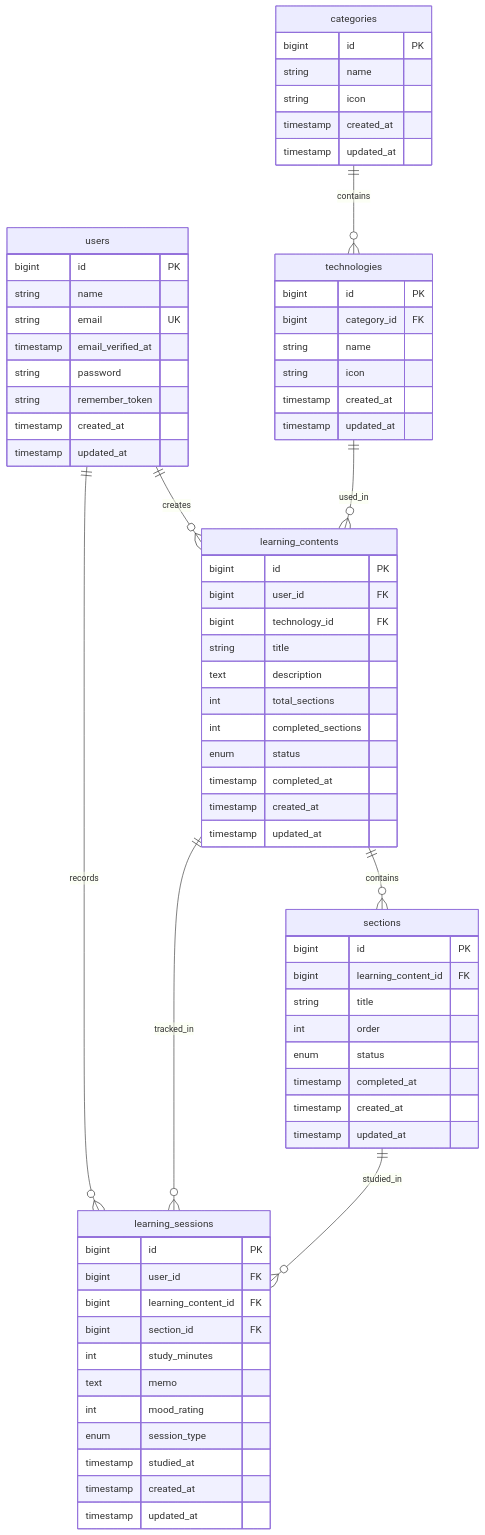
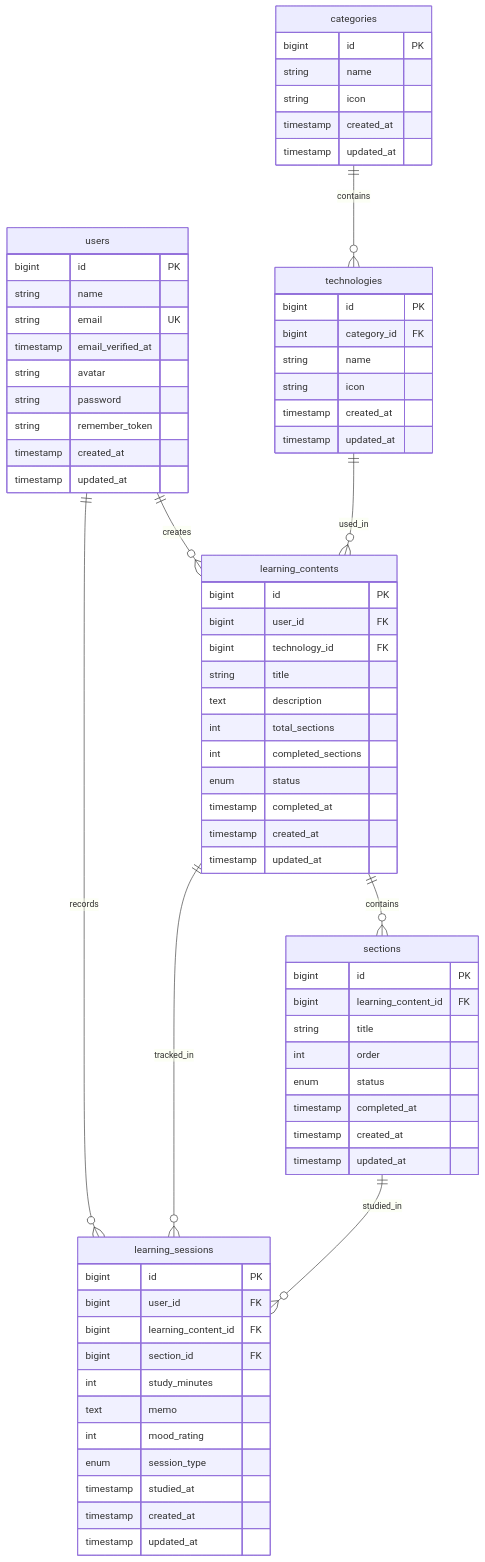
Before and after one commit to SHUN5872698/learn-track-pro: the second of 5 diagrams in .gemini/docs/project-infos/要件定義書.md, drawn with Mermaid. The commit also changed 4 other files, not shown here.

````diff
--- a/.gemini/docs/project-infos/要件定義書.md
+++ b/.gemini/docs/project-infos/要件定義書.md
@@ -311,78 +311,79 @@
 ```mermaid
 erDiagram
     users ||--o{ learning_contents : "creates"
     users ||--o{ learning_sessions : "records"
     categories ||--o{ technologies : "contains"
     technologies ||--o{ learning_contents : "used_in"
     learning_contents ||--o{ sections : "contains"
     learning_contents ||--o{ learning_sessions : "tracked_in"
     sections ||--o{ learning_sessions : "studied_in"
 
     users {
         bigint id PK
         string name
         string email UK
         timestamp email_verified_at
+        string avatar
         string password
         string remember_token
         timestamp created_at
         timestamp updated_at
     }
 
     categories {
         bigint id PK
         string name
         string icon
         timestamp created_at
         timestamp updated_at
     }
 
     technologies {
         bigint id PK
         bigint category_id FK
         string name
         string icon
         timestamp created_at
         timestamp updated_at
     }
 
     learning_contents {
         bigint id PK
         bigint user_id FK
         bigint technology_id FK
         string title
         text description
         int total_sections
         int completed_sections
         enum status
         timestamp completed_at
         timestamp created_at
         timestamp updated_at
     }
 
     sections {
         bigint id PK
         bigint learning_content_id FK
         string title
         int order
         enum status
         timestamp completed_at
         timestamp created_at
         timestamp updated_at
     }
 
     learning_sessions {
         bigint id PK
         bigint user_id FK
         bigint learning_content_id FK
         bigint section_id FK
         int study_minutes
         text memo
         int mood_rating
         enum session_type
         timestamp studied_at
         timestamp created_at
         timestamp updated_at
     }
 
 ```
````
